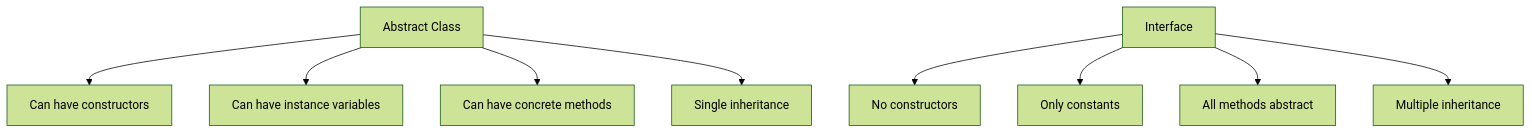
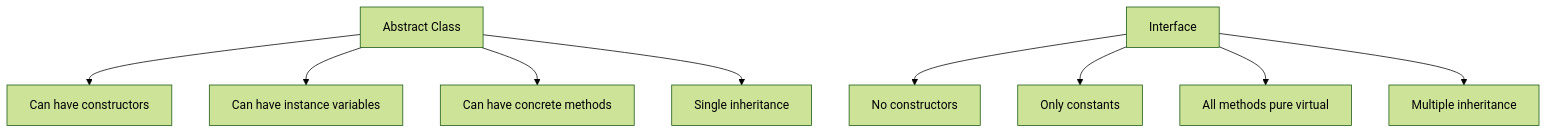
One commit to KnowledgeCenterYoutube/LLD changed the third of 3 diagrams in topics/01-oop-fundamentals/interfaces-abstract-classes.md. Above: the diagram before and after it, drawn with Mermaid (forest theme). The commit also changed other lines of this file and 3 other files, not shown here.

````diff
--- a/topics/01-oop-fundamentals/interfaces-abstract-classes.md
+++ b/topics/01-oop-fundamentals/interfaces-abstract-classes.md
@@ -123,11 +122,11 @@
 ```mermaid
 graph TD
     A[Abstract Class] --> B[Can have constructors]
     A --> C[Can have instance variables]
     A --> D[Can have concrete methods]
     A --> E[Single inheritance]
     F[Interface] --> G[No constructors]
     F --> H[Only constants]
-    F --> I[All methods abstract]
+    F --> I[All methods pure virtual]
     F --> J[Multiple inheritance]
 ```
````
